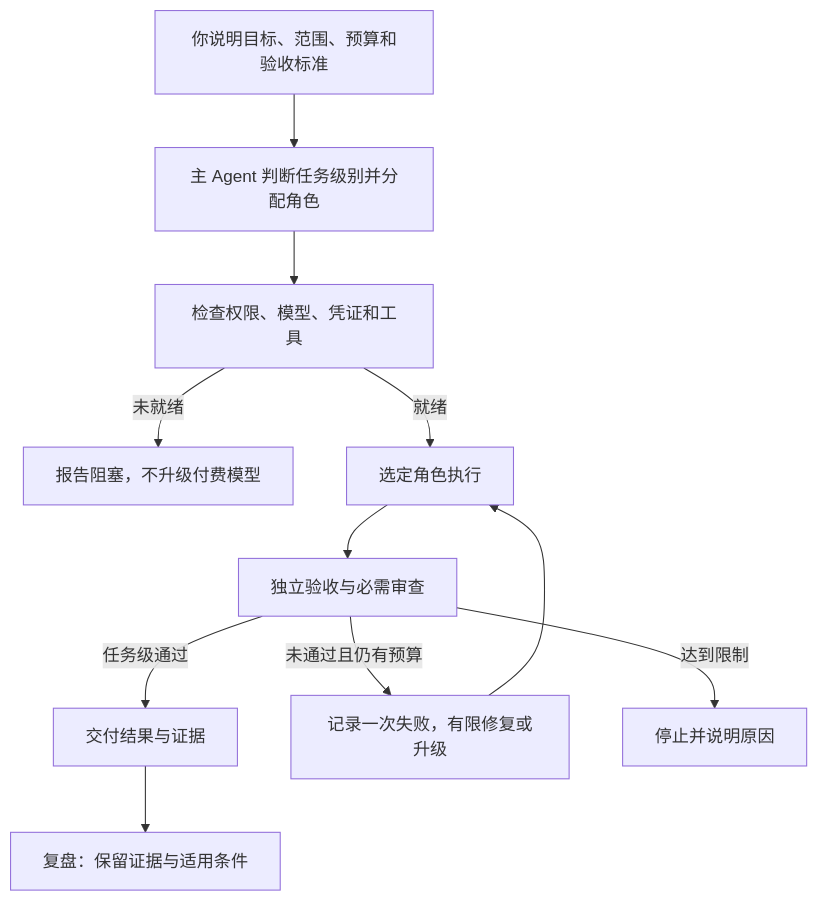
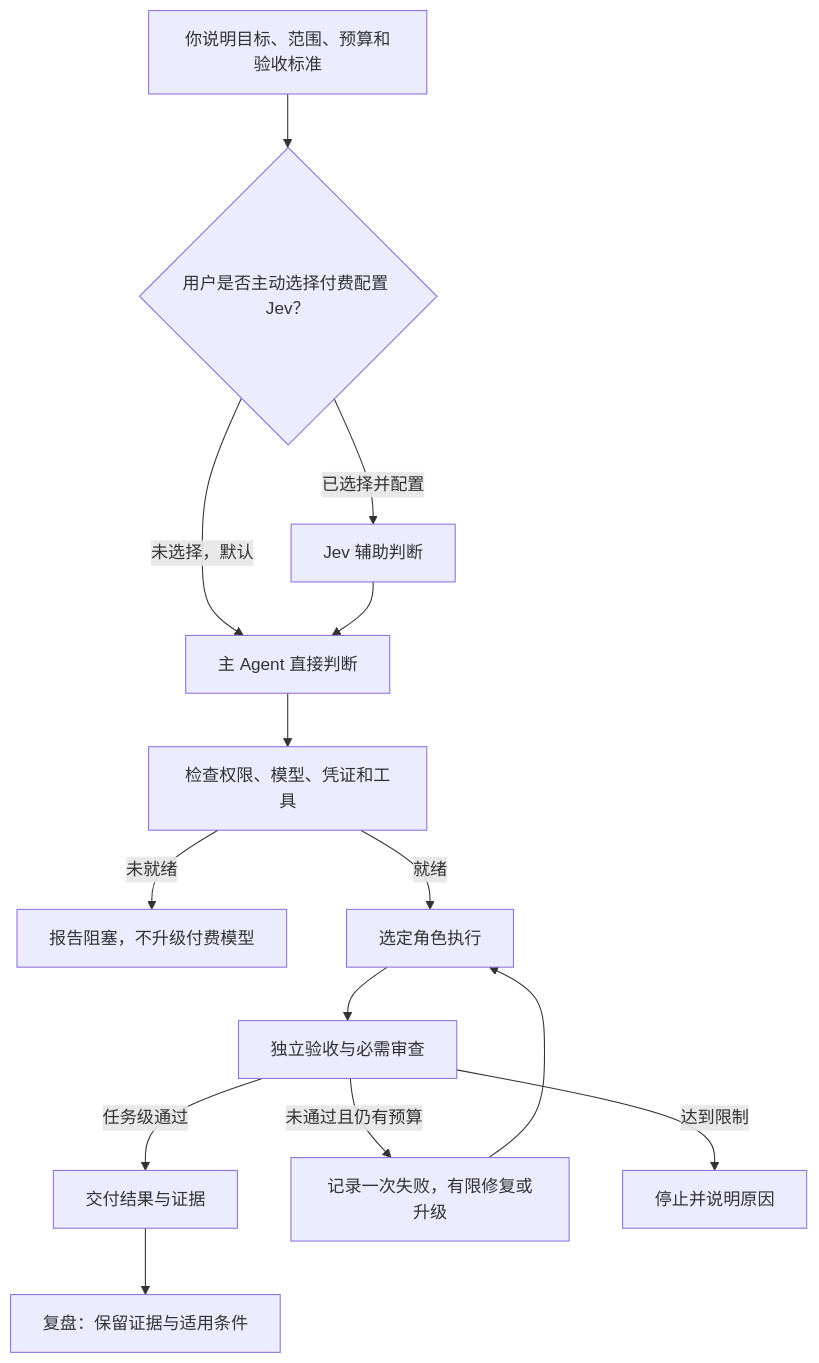
The first of 2 diagrams in README.md (greyano12syp-a11y/ai-workflow-guide), drawn with Mermaid before and after one commit. The commit also changed other lines of this file, not shown here.

Commit message:
docs: restore Jev section and clarify paid opt-in classification

````diff
--- a/README.md
+++ b/README.md
@@ -56,13 +56,16 @@
 ```mermaid
 flowchart TD
-    A[你说明目标、范围、预算和验收标准] --> C[主 Agent 判断任务级别并分配角色]
+    A[你说明目标、范围、预算和验收标准] --> B{用户是否主动选择付费配置 Jev？}
+    B -->|未选择，默认| C[主 Agent 直接判断]
+    B -->|已选择并配置| D[Jev 辅助判断]
+    D --> C
     C --> E[检查权限、模型、凭证和工具]
     E -->|未就绪| X[报告阻塞，不升级付费模型]
     E -->|就绪| F[选定角色执行]
     F --> G[独立验收与必需审查]
     G -->|任务级通过| H[交付结果与证据]
     G -->|未通过且仍有预算| I[记录一次失败，有限修复或升级]
     I --> F
     G -->|达到限制| J[停止并说明原因]
     H --> K[复盘：保留证据与适用条件]
 ```
````
